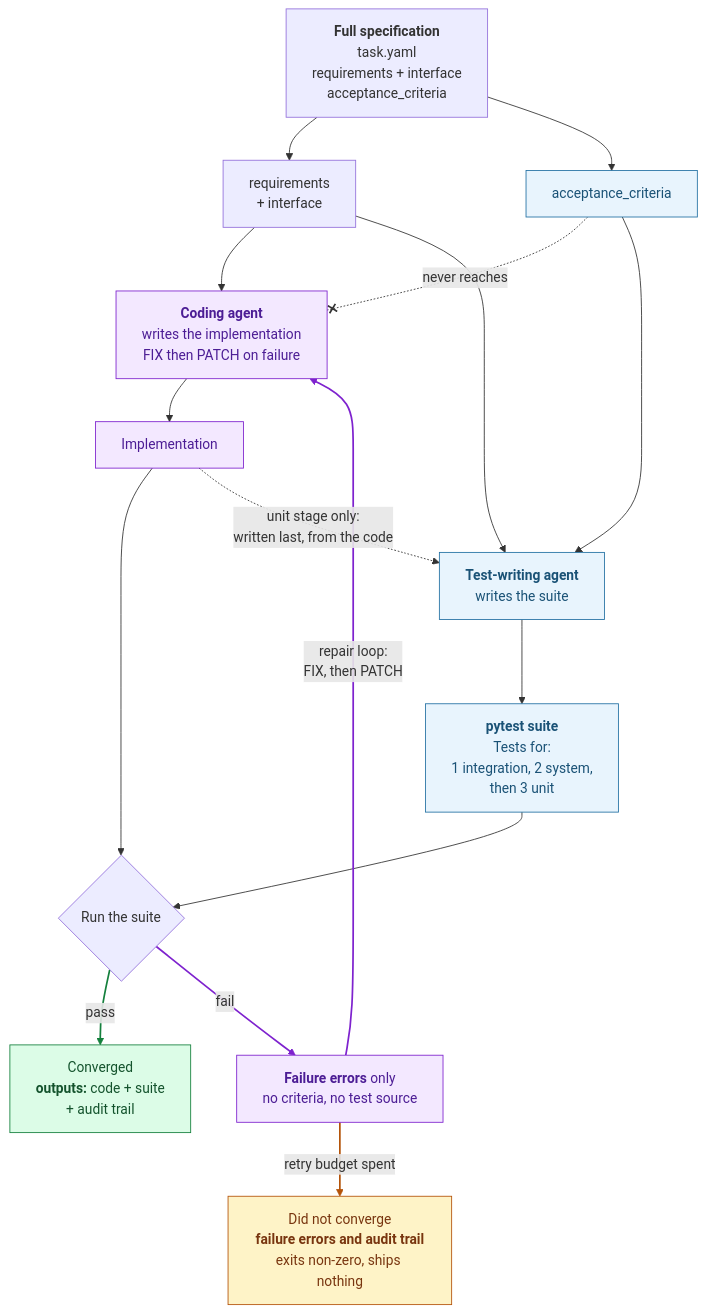
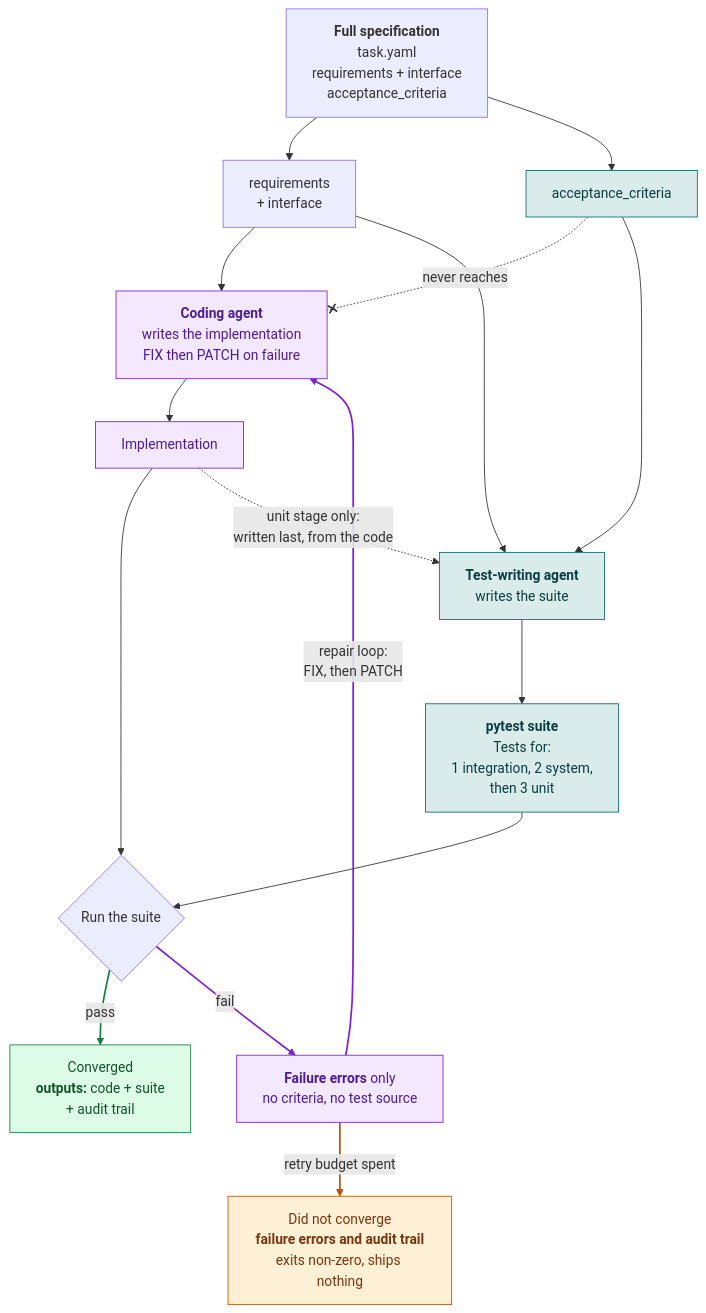
Before and after one commit to gal-a/qikly: the diagram in README.md, drawn with Mermaid. The commit also changed other lines of this file and 16 other files, not shown here.

````diff
--- a/README.md
+++ b/README.md
@@ -34,42 +34,42 @@
 ```mermaid
 flowchart TD
     SPEC["<b>Full specification</b><br/>task.yaml<br/>requirements + interface<br/>acceptance_criteria"]
     REQ["requirements<br/>+ interface"]
     AC["acceptance_criteria"]
     CODE["<b>Coding agent</b><br/>writes the implementation<br/>FIX then PATCH on failure"]
     TEST["<b>Test-writing agent</b><br/>writes the suite"]
     IMPL["Implementation"]
     SUITE["<b>pytest suite</b><br/>Tests for:<br/>1 integration, 2 system,<br/>then 3 unit"]
     RUN{"Run the suite"}
     FAIL["<b>Failure errors</b> only<br/>no criteria, no test source"]
     OUT["Converged<br/><b>outputs:</b> code + suite<br/>+ audit trail"]
     STALL["Did not converge<br/><b>failure errors and audit trail</b><br/>exits non-zero, ships nothing"]
 
     SPEC --> REQ
     SPEC --> AC
     AC -. "never reaches" .-x CODE
     REQ --> CODE
     REQ --> TEST
     AC --> TEST
     CODE --> IMPL
     TEST --> SUITE
     IMPL --> RUN
     SUITE --> RUN
     RUN -- pass --> OUT
     RUN -- fail --> FAIL
     FAIL -- "repair loop:<br/>FIX, then PATCH" --> CODE
     FAIL -- "retry budget spent" --> STALL
     IMPL -. "unit stage only:<br/>written last, from the code" .-> TEST
 
     classDef codeView fill:#f3e8ff,stroke:#7e22ce,color:#4c1d95
-    classDef standardView fill:#e8f4fd,stroke:#2471a3,color:#1a5276
+    classDef standardView fill:#d9ebea,stroke:#0e6a70,color:#0b3d40
     classDef converged fill:#dcfce7,stroke:#15803d,color:#14532d
-    classDef stalled fill:#fef3c7,stroke:#b45309,color:#78350f
+    classDef stalled fill:#fdf0d5,stroke:#b45309,color:#78350f
     class CODE,IMPL,FAIL codeView
     class AC,TEST,SUITE standardView
     class OUT converged
     class STALL stalled
     linkStyle 10 stroke:#15803d,stroke-width:2px
     linkStyle 11,12 stroke:#7e22ce,stroke-width:2px
     linkStyle 13 stroke:#b45309,stroke-width:2px
 ```
````
